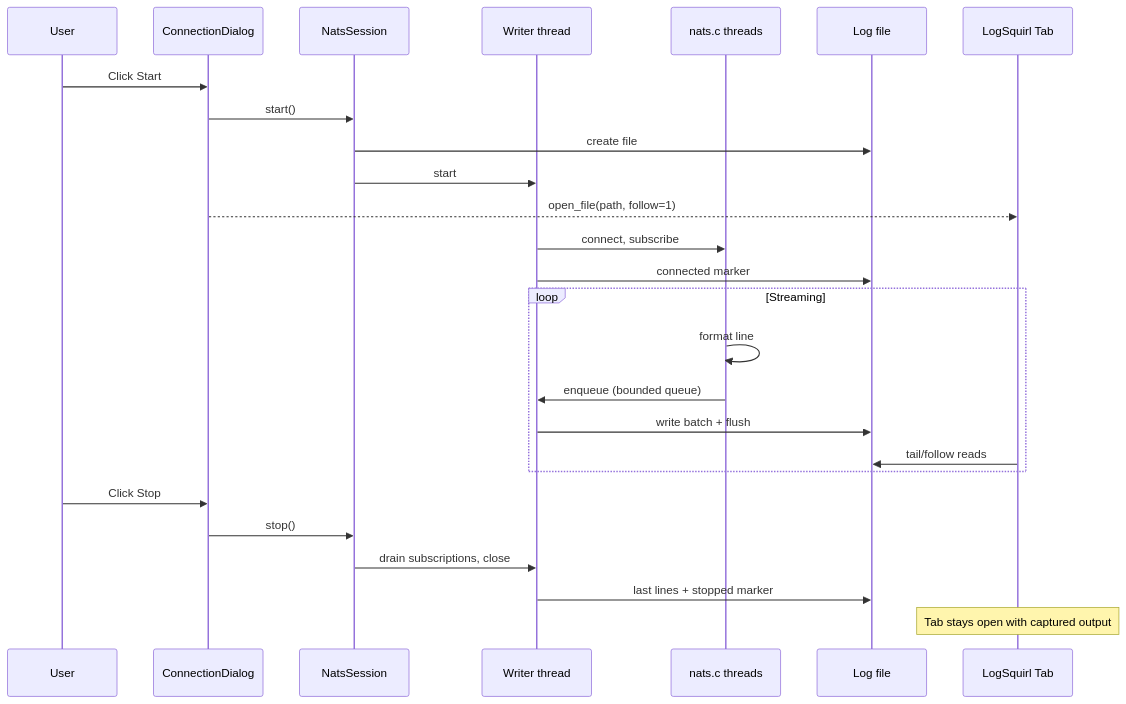
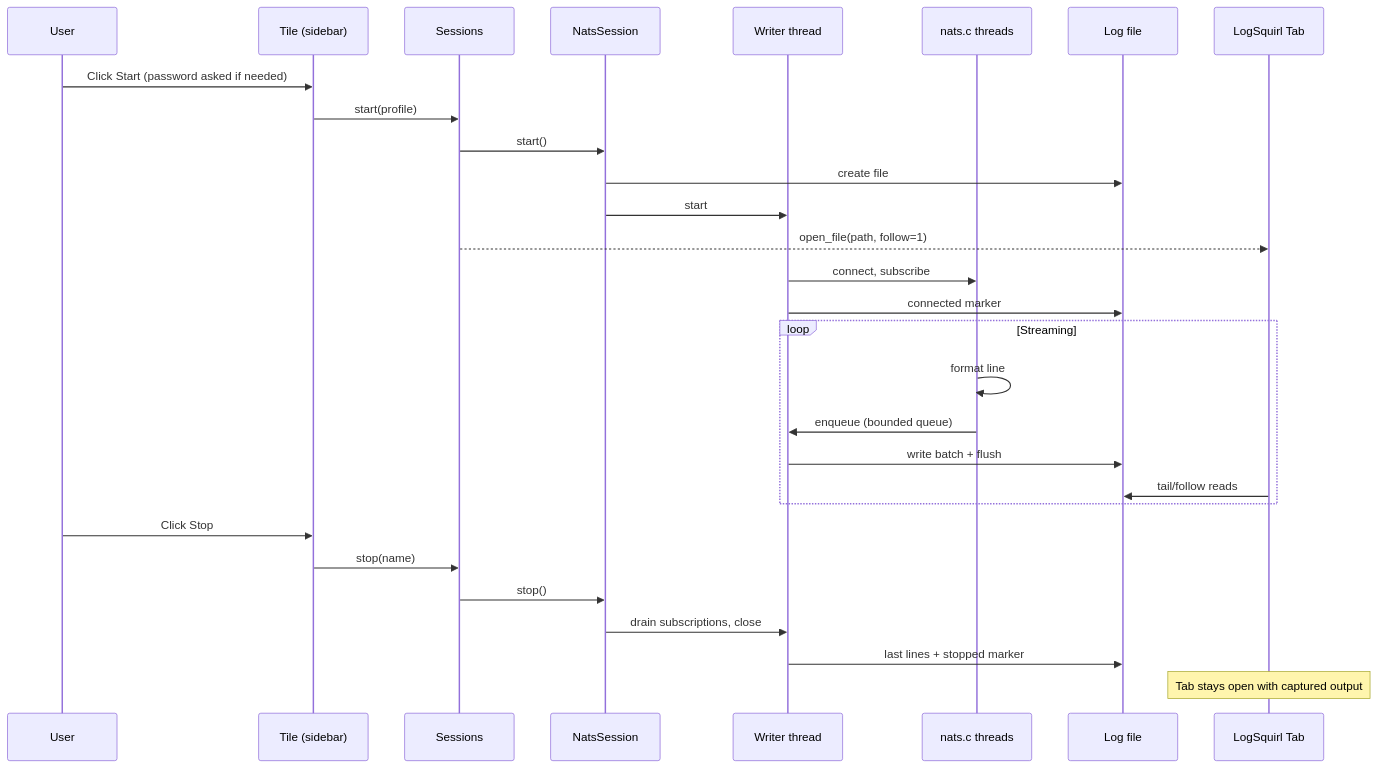
The second of 3 diagrams in README.md (64x-lunicorn/LogSquirl-NATS), drawn with Mermaid before and after one commit. The commit also changed other lines of this file and 21 other files, not shown here.

First line of the commit message:
Sidebar tab NATS: a tile per saved connection, no status widget (#21)

````diff
--- a/README.md
+++ b/README.md
@@ -343,29 +354,32 @@
 ```mermaid
 sequenceDiagram
     participant User
-    participant D as ConnectionDialog
+    participant T as Tile (sidebar)
+    participant SS as Sessions
     participant S as NatsSession
     participant W as Writer thread
     participant N as nats.c threads
     participant F as Log file
     participant LS as LogSquirl Tab
 
-    User->>D: Click Start
-    D->>S: start()
+    User->>T: Click Start (password asked if needed)
+    T->>SS: start(profile)
+    SS->>S: start()
     S->>F: create file
     S->>W: start
-    D-->>LS: open_file(path, follow=1)
+    SS-->>LS: open_file(path, follow=1)
     W->>N: connect, subscribe
     W->>F: connected marker
     loop Streaming
         N->>N: format line
         N->>W: enqueue (bounded queue)
         W->>F: write batch + flush
         LS->>F: tail/follow reads
     end
-    User->>D: Click Stop
-    D->>S: stop()
+    User->>T: Click Stop
+    T->>SS: stop(name)
+    SS->>S: stop()
     S->>W: drain subscriptions, close
     W->>F: last lines + stopped marker
     Note over LS: Tab stays open with captured output
 ```
````
